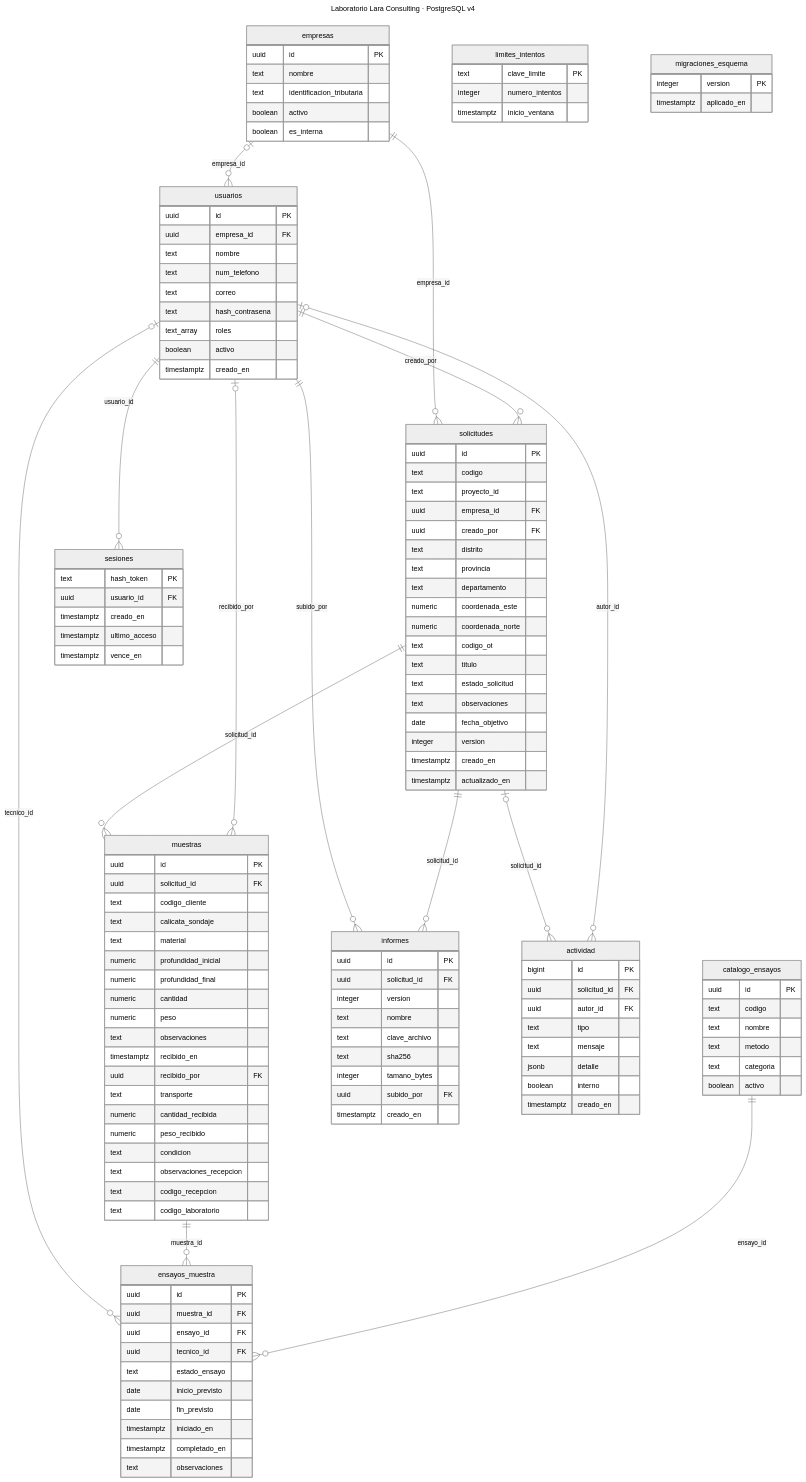
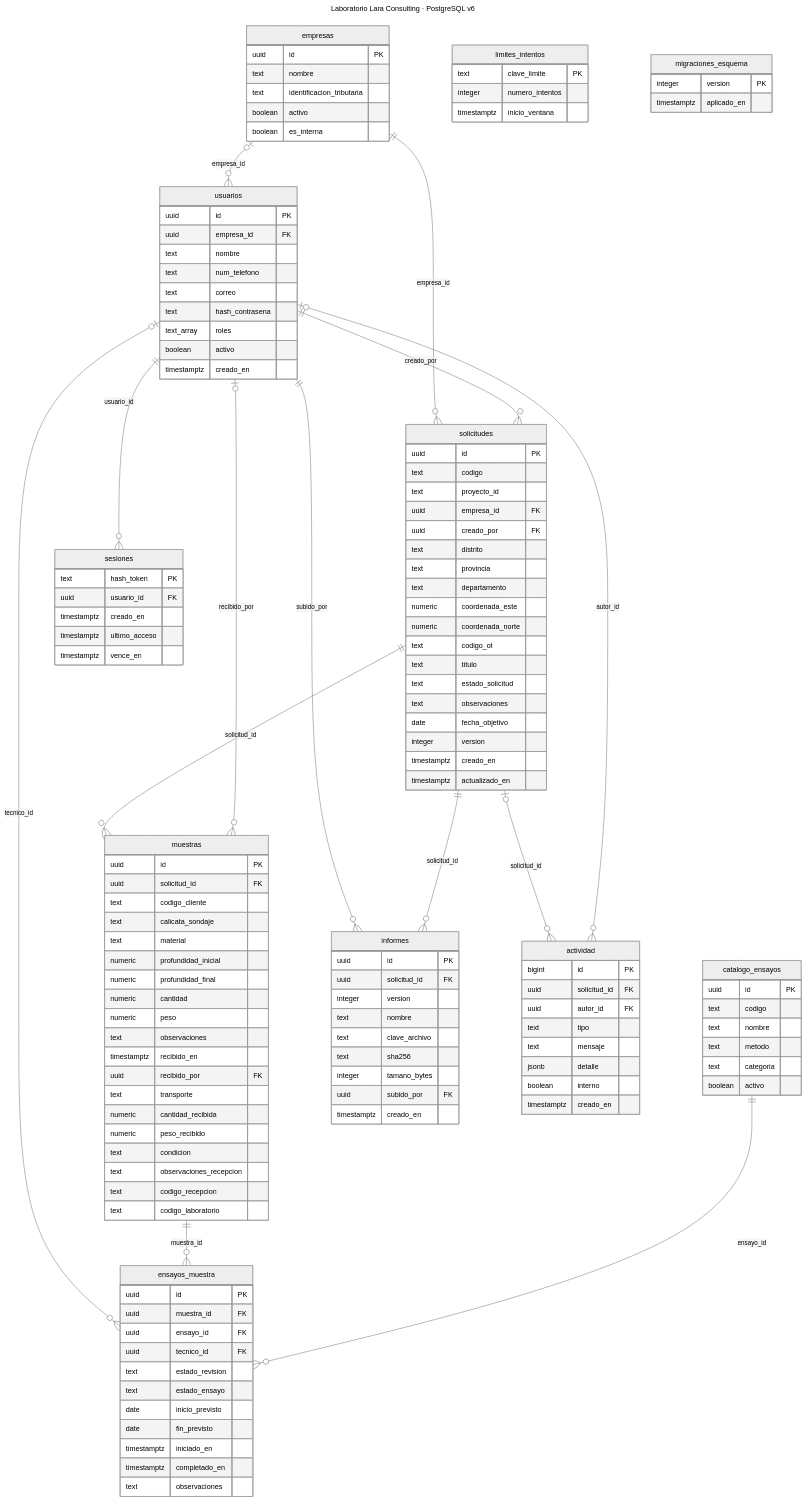
Before and after one commit to robert9920/app-lab-lurin: the diagram in docs/database.mmd, drawn with Mermaid. The commit also changed 56 other files, not shown here.

```diff
--- a/docs/database.mmd
+++ b/docs/database.mmd
@@ -1,135 +1,136 @@
 ---
-title: Laboratorio Lara Consulting · PostgreSQL v4
+title: Laboratorio Lara Consulting · PostgreSQL v6
 config:
   theme: neutral
 ---
 erDiagram
     empresas {
         uuid id PK
         text nombre
         text identificacion_tributaria
         boolean activo
         boolean es_interna
     }
     usuarios {
         uuid id PK
         uuid empresa_id FK
         text nombre
         text num_telefono
         text correo
         text hash_contrasena
         text_array roles
         boolean activo
         timestamptz creado_en
     }
     catalogo_ensayos {
         uuid id PK
         text codigo
         text nombre
         text metodo
         text categoria
         boolean activo
     }
     solicitudes {
         uuid id PK
         text codigo
         text proyecto_id
         uuid empresa_id FK
         uuid creado_por FK
         text distrito
         text provincia
         text departamento
         numeric coordenada_este
         numeric coordenada_norte
         text codigo_ot
         text titulo
         text estado_solicitud
         text observaciones
         date fecha_objetivo
         integer version
         timestamptz creado_en
         timestamptz actualizado_en
     }
     muestras {
         uuid id PK
         uuid solicitud_id FK
         text codigo_cliente
         text calicata_sondaje
         text material
         numeric profundidad_inicial
         numeric profundidad_final
         numeric cantidad
         numeric peso
         text observaciones
         timestamptz recibido_en
         uuid recibido_por FK
         text transporte
         numeric cantidad_recibida
         numeric peso_recibido
         text condicion
         text observaciones_recepcion
         text codigo_recepcion
         text codigo_laboratorio
     }
     ensayos_muestra {
         uuid id PK
         uuid muestra_id FK
         uuid ensayo_id FK
         uuid tecnico_id FK
+        text estado_revision
         text estado_ensayo
         date inicio_previsto
         date fin_previsto
         timestamptz iniciado_en
         timestamptz completado_en
         text observaciones
     }
     informes {
         uuid id PK
         uuid solicitud_id FK
         integer version
         text nombre
         text clave_archivo
         text sha256
         integer tamano_bytes
         uuid subido_por FK
         timestamptz creado_en
     }
     actividad {
         bigint id PK
         uuid solicitud_id FK
         uuid autor_id FK
         text tipo
         text mensaje
         jsonb detalle
         boolean interno
         timestamptz creado_en
     }
     sesiones {
         text hash_token PK
         uuid usuario_id FK
         timestamptz creado_en
         timestamptz ultimo_acceso
         timestamptz vence_en
     }
     limites_intentos {
         text clave_limite PK
         integer numero_intentos
         timestamptz inicio_ventana
     }
     migraciones_esquema {
         integer version PK
         timestamptz aplicado_en
     }
     usuarios |o--o{ actividad : "autor_id"
     solicitudes |o--o{ actividad : "solicitud_id"
     catalogo_ensayos ||--o{ ensayos_muestra : "ensayo_id"
     muestras ||--o{ ensayos_muestra : "muestra_id"
     usuarios |o--o{ ensayos_muestra : "tecnico_id"
     solicitudes ||--o{ informes : "solicitud_id"
     usuarios ||--o{ informes : "subido_por"
     usuarios |o--o{ muestras : "recibido_por"
     solicitudes ||--o{ muestras : "solicitud_id"
     usuarios ||--o{ sesiones : "usuario_id"
     usuarios ||--o{ solicitudes : "creado_por"
     empresas ||--o{ solicitudes : "empresa_id"
     empresas |o--o{ usuarios : "empresa_id"
```
